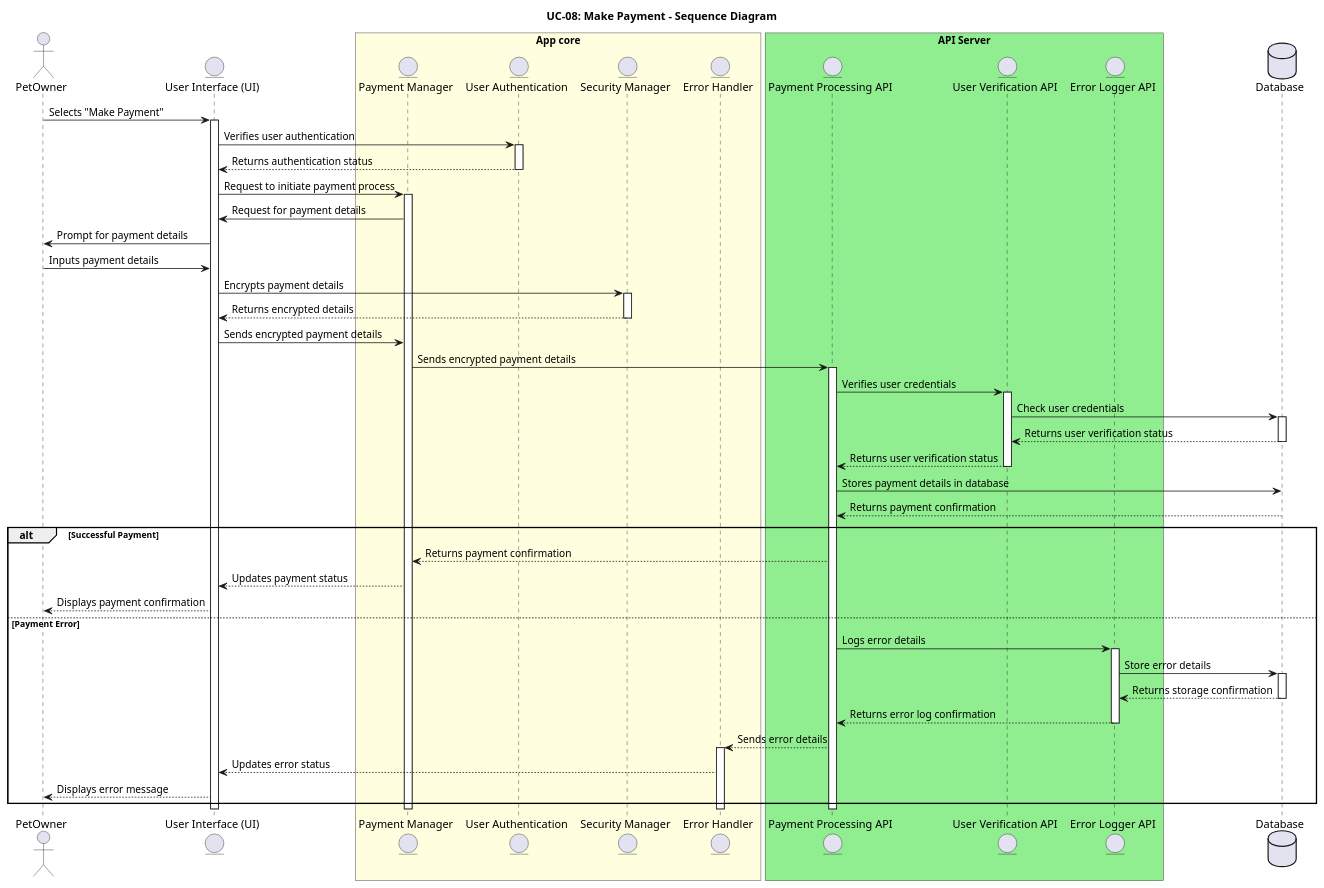
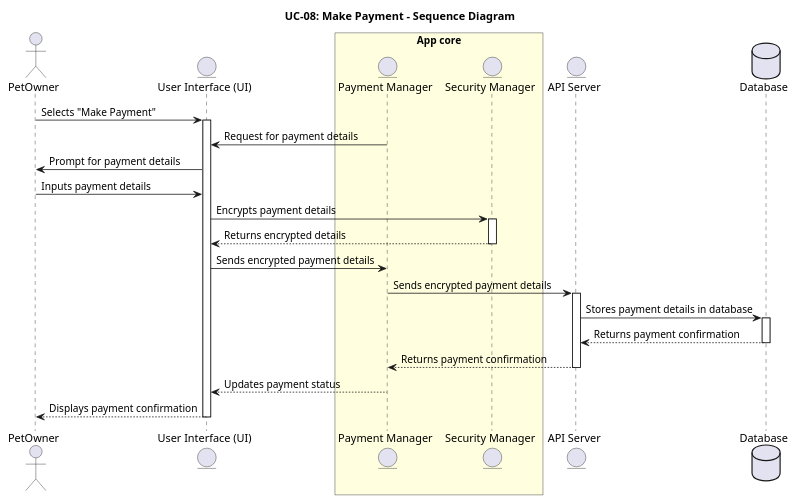
Before and after one commit to IrenePorta/PetSitters: the diagram in Documents/PlantUML/UC-08_SEQUENCE_Diagram.puml, drawn with PlantUML. The commit also changed other lines of this file, not shown here.

```diff
--- a/Documents/PlantUML/UC-08_SEQUENCE_Diagram.puml
+++ b/Documents/PlantUML/UC-08_SEQUENCE_Diagram.puml
@@ -1,78 +1,37 @@
 @startuml
 title: UC-08: Make Payment - Sequence Diagram
 actor PetOwner
 entity "User Interface (UI)" as UI
 box "App core" #LightYellow
-  entity "Payment Manager" as PaymentManager
-  entity "User Authentication" as UserAuth
+  entity "Payment Manager" as AppCore
   entity "Security Manager" as Security
-  entity "Error Handler" as ErrorHandler
 end box
-box "API Server" #LightGreen
-  entity "Payment Processing API" as PaymentAPI
-  entity "User Verification API" as UserVerifyAPI
-  entity "Error Logger API" as LoggerAPI
-end box
+entity "API Server" as API
 database "Database" as DB
-
 PetOwner -> UI : Selects "Make Payment" 
 activate UI
-
-UI -> UserAuth : Verifies user authentication
-activate UserAuth
-UserAuth --> UI : Returns authentication status
-deactivate UserAuth
-
-UI -> PaymentManager : Request to initiate payment process
-activate PaymentManager
-
-PaymentManager -> UI : Request for payment details
+AppCore -> UI : Request for payment details
 UI -> PetOwner : Prompt for payment details
 PetOwner -> UI : Inputs payment details
 
 UI -> Security : Encrypts payment details
 activate Security
 Security --> UI : Returns encrypted details
 deactivate Security
 
-UI -> PaymentManager : Sends encrypted payment details
-PaymentManager -> PaymentAPI : Sends encrypted payment details
-activate PaymentAPI
+UI -> AppCore : Sends encrypted payment details
 
-PaymentAPI -> UserVerifyAPI : Verifies user credentials
-activate UserVerifyAPI
-UserVerifyAPI -> DB : Check user credentials
+AppCore -> API : Sends encrypted payment details
+activate API
+
+API -> DB : Stores payment details in database
 activate DB
-DB --> UserVerifyAPI : Returns user verification status
+DB --> API : Returns payment confirmation
 deactivate DB
-UserVerifyAPI --> PaymentAPI : Returns user verification status
-deactivate UserVerifyAPI
-
-PaymentAPI -> DB : Stores payment details in database
-DB --> PaymentAPI : Returns payment confirmation
-deactivate DB
-
-alt Successful Payment
-    PaymentAPI --> PaymentManager : Returns payment confirmation
-    PaymentManager --> UI : Updates payment status
-    UI --> PetOwner : Displays payment confirmation
-else Payment Error
-    PaymentAPI -> LoggerAPI : Logs error details
-    activate LoggerAPI
-    LoggerAPI -> DB : Store error details
-    activate DB
-    DB --> LoggerAPI : Returns storage confirmation
-    deactivate DB
-    LoggerAPI --> PaymentAPI : Returns error log confirmation
-    deactivate LoggerAPI
-    PaymentAPI --> ErrorHandler : Sends error details
-    activate ErrorHandler
-    ErrorHandler --> UI : Updates error status
-    UI --> PetOwner : Displays error message
-end
-
-deactivate PaymentAPI
-deactivate ErrorHandler
-deactivate PaymentManager
+API --> AppCore : Returns payment confirmation
+deactivate API
+AppCore --> UI : Updates payment status
+deactivate AppCore
+UI --> PetOwner : Displays payment confirmation
 deactivate UI
 @enduml
```
